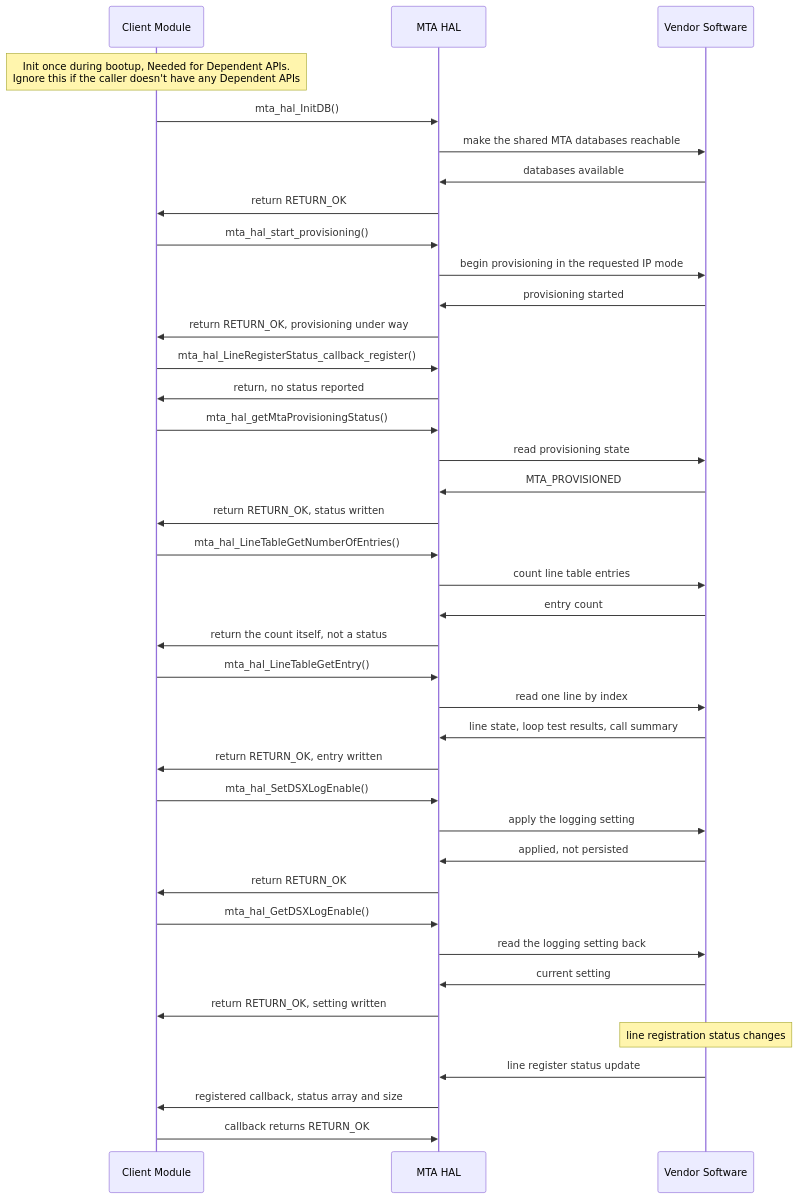
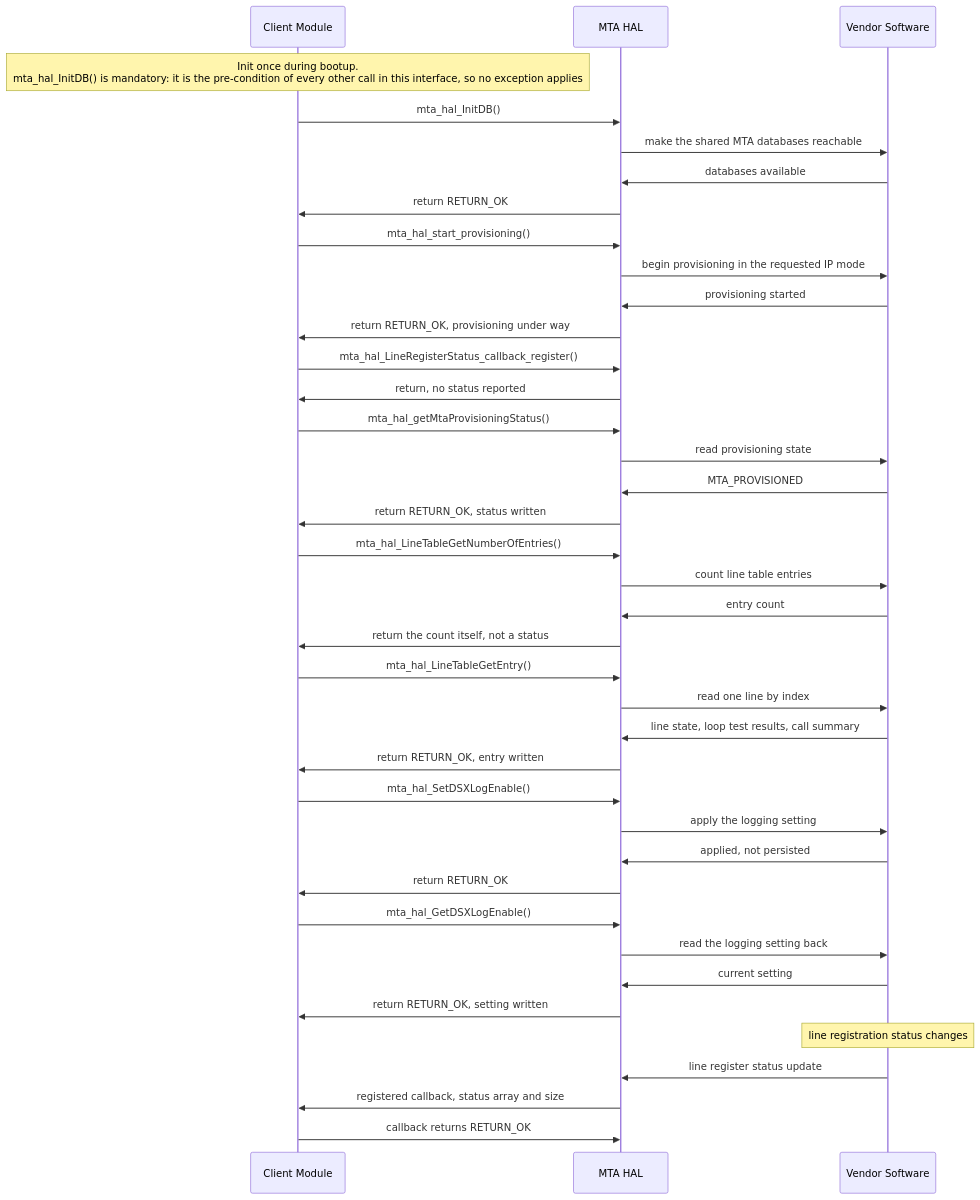
One commit to Blitzy-Sky/rdkb-halif-mta changed the second of 2 diagrams in docs/pages/halSpec.md. Above: the diagram before and after it, drawn with Mermaid. The commit also changed other lines of this file and 1 other file, not shown here.

Commit message:
Rename the HAL interface specification to docs/pages/halSpec.md, rewrite it against the canonical topic set, and deepen the inline API documentation

````diff
--- a/docs/pages/halSpec.md
+++ b/docs/pages/halSpec.md
@@ -936,49 +1138,49 @@
 ```mermaid
 sequenceDiagram
 participant Client Module
 participant MTA HAL
 participant Vendor Software
-Note over Client Module: Init once during bootup, Needed for Dependent APIs. <br> Ignore this if the caller doesn't have any Dependent APIs
+Note over Client Module: Init once during bootup. <br> mta_hal_InitDB() is mandatory: it is the pre-condition of every other call in this interface, so no exception applies
 Client Module->>MTA HAL: mta_hal_InitDB()
 MTA HAL->>Vendor Software: make the shared MTA databases reachable
 Vendor Software->>MTA HAL: databases available
 MTA HAL->>Client Module: return RETURN_OK
 
 Client Module->>MTA HAL: mta_hal_start_provisioning()
 MTA HAL->>Vendor Software: begin provisioning in the requested IP mode
 Vendor Software->>MTA HAL: provisioning started
 MTA HAL->>Client Module: return RETURN_OK, provisioning under way
 
 Client Module->>MTA HAL: mta_hal_LineRegisterStatus_callback_register()
 MTA HAL->>Client Module: return, no status reported
 
 Client Module->>MTA HAL: mta_hal_getMtaProvisioningStatus()
 MTA HAL->>Vendor Software: read provisioning state
 Vendor Software->>MTA HAL: MTA_PROVISIONED
 MTA HAL->>Client Module: return RETURN_OK, status written
 
 Client Module->>MTA HAL: mta_hal_LineTableGetNumberOfEntries()
 MTA HAL->>Vendor Software: count line table entries
 Vendor Software->>MTA HAL: entry count
 MTA HAL->>Client Module: return the count itself, not a status
 
 Client Module->>MTA HAL: mta_hal_LineTableGetEntry()
 MTA HAL->>Vendor Software: read one line by index
 Vendor Software->>MTA HAL: line state, loop test results, call summary
 MTA HAL->>Client Module: return RETURN_OK, entry written
 
 Client Module->>MTA HAL: mta_hal_SetDSXLogEnable()
 MTA HAL->>Vendor Software: apply the logging setting
 Vendor Software->>MTA HAL: applied, not persisted
 MTA HAL->>Client Module: return RETURN_OK
 
 Client Module->>MTA HAL: mta_hal_GetDSXLogEnable()
 MTA HAL->>Vendor Software: read the logging setting back
 Vendor Software->>MTA HAL: current setting
 MTA HAL->>Client Module: return RETURN_OK, setting written
 
 Note over Vendor Software: line registration status changes
 Vendor Software->>MTA HAL: line register status update
 MTA HAL->>Client Module: registered callback, status array and size
 Client Module->>MTA HAL: callback returns RETURN_OK
 ```
````
